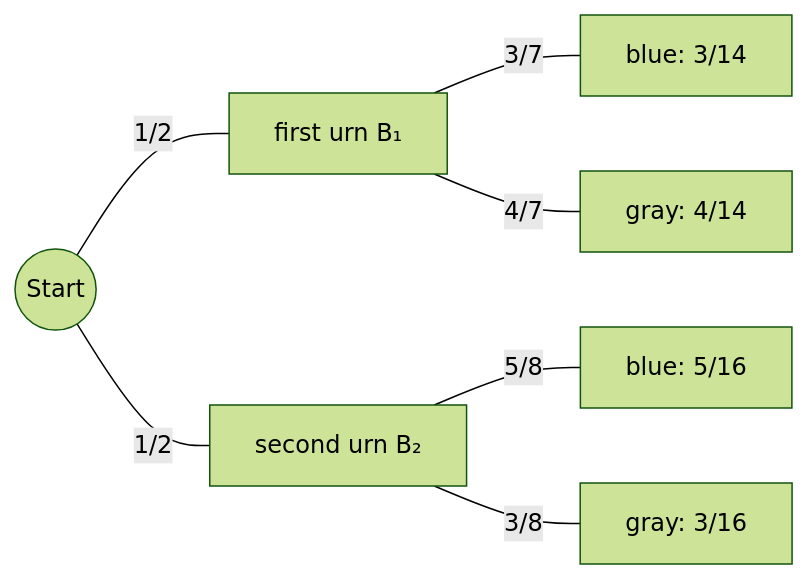
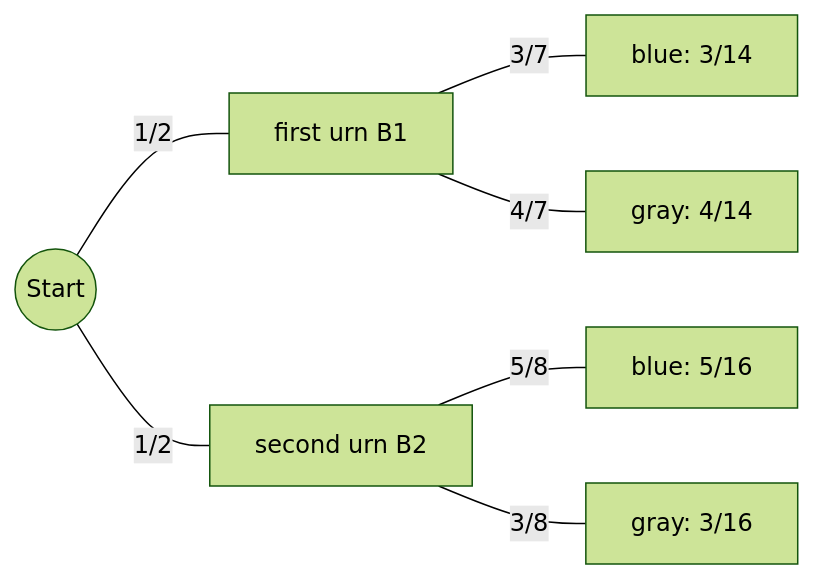
The tenth of 10 diagrams in Lecture-Notes/Ch09_Counting-and-Probability/Concepts_Lecture.md (Choroning/25Fall_Discrete-Mathematics), drawn with Mermaid (forest theme) before and after one commit. The commit also changed other lines of this file and 37 other files, not shown here.

````diff
--- a/Lecture-Notes/Ch09_Counting-and-Probability/Concepts_Lecture.md
+++ b/Lecture-Notes/Ch09_Counting-and-Probability/Concepts_Lecture.md
@@ -1596,9 +1598,9 @@
 ```mermaid
 graph LR
-    S(("Start")) ---|"1/2"| U1["first urn B₁"]
-    S ---|"1/2"| U2["second urn B₂"]
+    S(("Start")) ---|"1/2"| U1["first urn B1"]
+    S ---|"1/2"| U2["second urn B2"]
     U1 ---|"3/7"| L1["blue: 3/14"]
     U1 ---|"4/7"| L2["gray: 4/14"]
     U2 ---|"5/8"| L3["blue: 5/16"]
     U2 ---|"3/8"| L4["gray: 3/16"]
 ```
````
